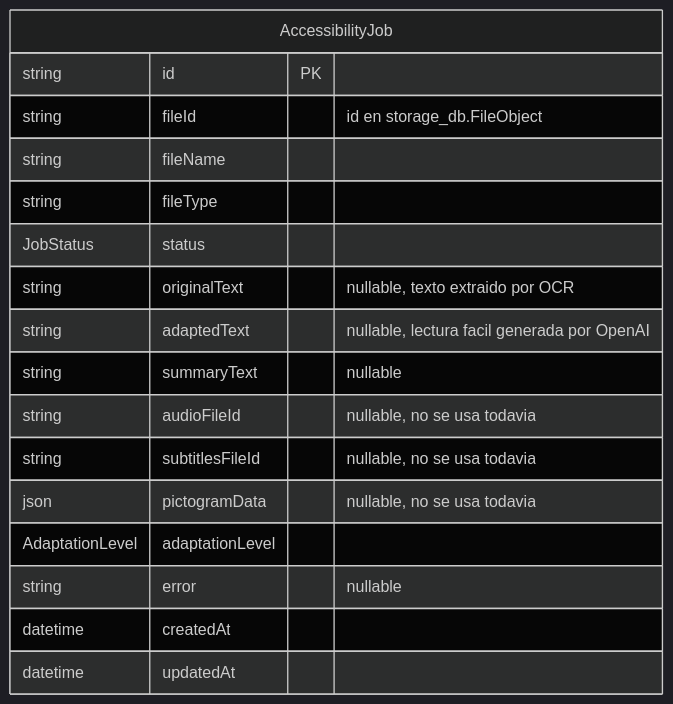
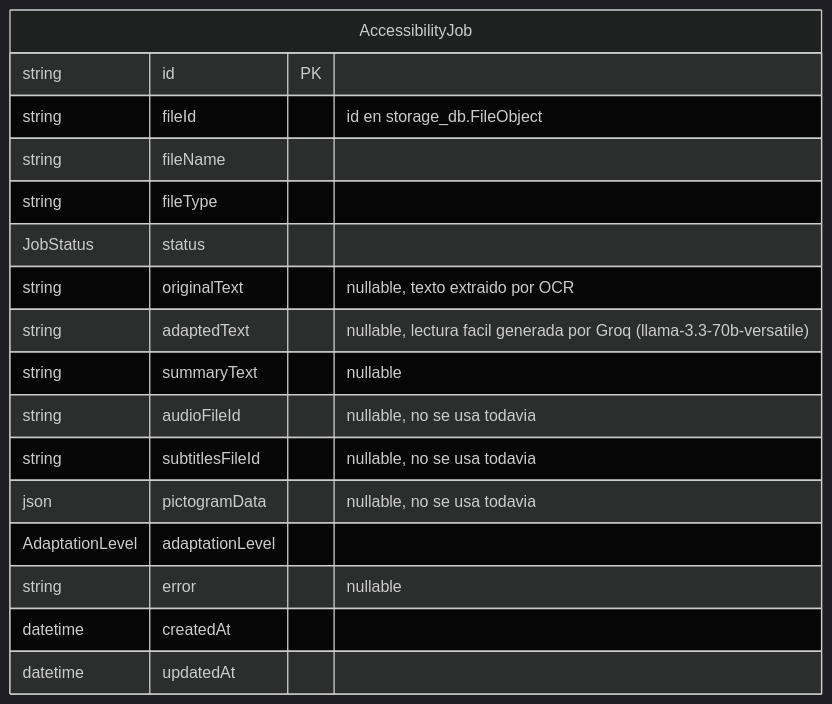
The eighth of 9 diagrams in docs/DATABASE.md (V-Yeimi19/Hackaton-MINEDU-Backend), drawn with Mermaid (dark theme) before and after one commit. The commit also changed 10 other files, not shown here.

First line of the commit message:
feat: reemplaza OpenAI por Groq + espeak-ng en Accessibility

````diff
--- a/docs/DATABASE.md
+++ b/docs/DATABASE.md
@@ -201,20 +201,20 @@
 ```mermaid
 erDiagram
     AccessibilityJob {
         string id PK
         string fileId "id en storage_db.FileObject"
         string fileName
         string fileType
         JobStatus status
         string originalText "nullable, texto extraido por OCR"
-        string adaptedText "nullable, lectura facil generada por OpenAI"
+        string adaptedText "nullable, lectura facil generada por Groq (llama-3.3-70b-versatile)"
         string summaryText "nullable"
         string audioFileId "nullable, no se usa todavia"
         string subtitlesFileId "nullable, no se usa todavia"
         json pictogramData "nullable, no se usa todavia"
         AdaptationLevel adaptationLevel
         string error "nullable"
         datetime createdAt
         datetime updatedAt
     }
 ```
````
